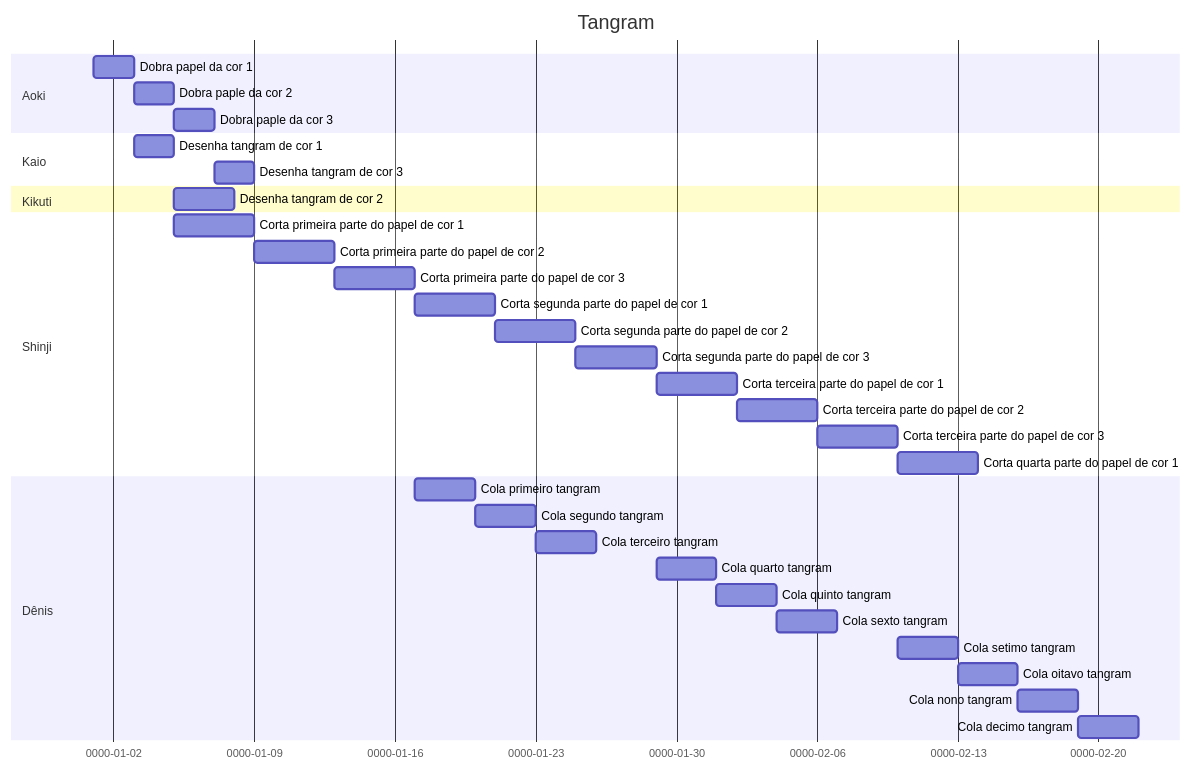
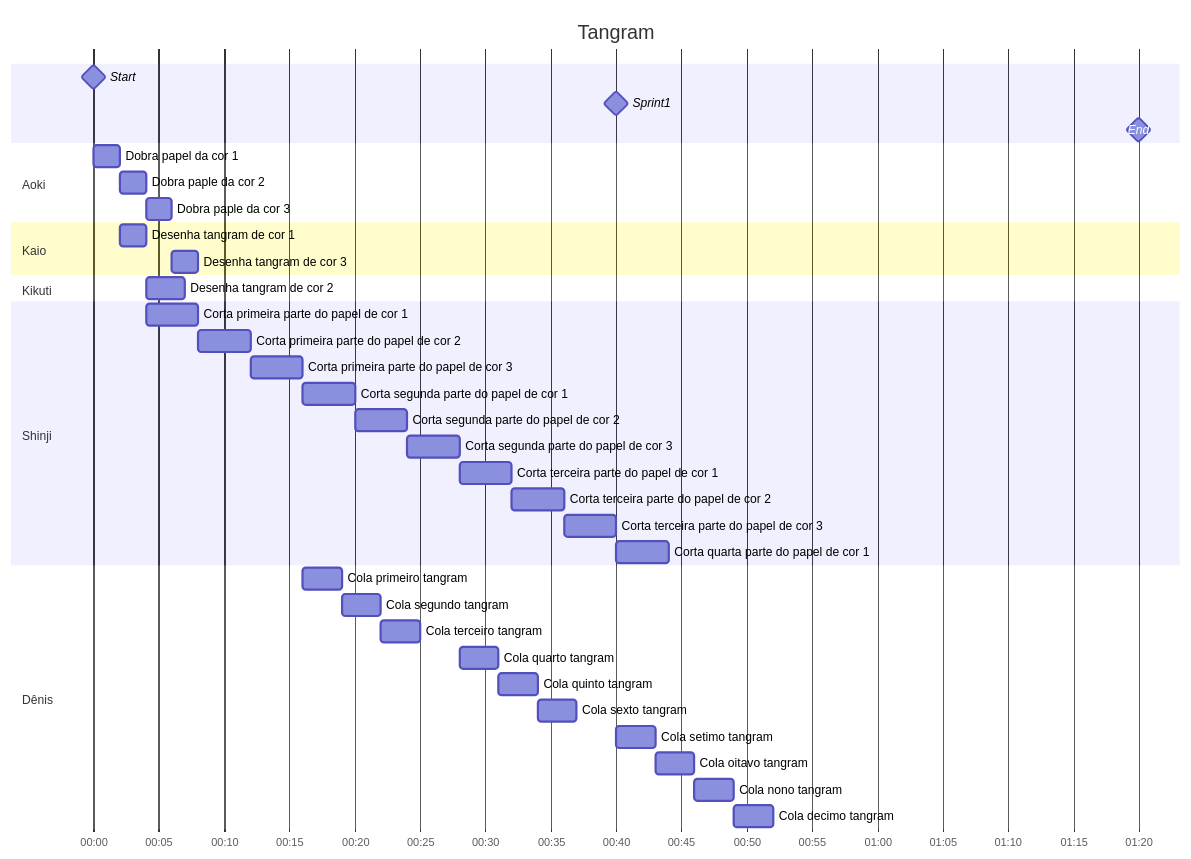
Before and after one commit to SSparks31/EngSoft: the second of 2 diagrams in README.md, drawn with Mermaid.

Commit message:
Update README.md
Change dateFormat and axisFormat to hours:minutes
Include milestones 'start', 'sprint1' and 'end'

````diff
--- a/README.md
+++ b/README.md
@@ -111,41 +111,47 @@
 ```mermaid
 gantt
     title Tangram
-    dateFormat  YYYY-MM-DD
+    
+    dateFormat HH:mm
+    axisFormat %H:%M
+    
+    Start: milestone, start, 00:00, 0
+    Sprint1: milestone, sprint1, 00:40, 0
+    End: milestone, end, 01:20, 0
 
     section Aoki
-        Dobra papel da cor 1: D1, 0000-01-01, 2d
-        Dobra paple da cor 2: D2, after D1  , 2d
-        Dobra paple da cor 3: D3, after D2  , 2d
+        Dobra papel da cor 1: D1, after start, 2m
+        Dobra paple da cor 2: D2, after D1  , 2m
+        Dobra paple da cor 3: D3, after D2  , 2m
 
     section Kaio
-        Desenha tangram de cor 1: De1, after D1, 2d
-        Desenha tangram de cor 3: De3, after De1 D3, 2d
+        Desenha tangram de cor 1: De1, after D1, 2m
+        Desenha tangram de cor 3: De3, after De1 D3, 2m
 
     section Kikuti
-        Desenha tangram de cor 2: De2, after D2, 3d
+        Desenha tangram de cor 2: De2, after D2, 3m
     
     section Shinji
-        Corta primeira parte do papel de cor 1: C11, after De1, 4d
-        Corta primeira parte do papel de cor 2: C21, after De2 C11, 4d
-        Corta primeira parte do papel de cor 3: C31, after De3 C21, 4d
-        Corta segunda parte do papel de cor 1 : C12, after De1 C31, 4d
-        Corta segunda parte do papel de cor 2 : C22, after De2 C12, 4d
-        Corta segunda parte do papel de cor 3 : C32, after De3 C22, 4d
-        Corta terceira parte do papel de cor 1: C13, after De1 C32, 4d
-        Corta terceira parte do papel de cor 2: C23, after De2 C13, 4d
-        Corta terceira parte do papel de cor 3: C33, after De3 C23, 4d
-        Corta quarta parte do papel de cor 1  : C14, after De1 C33, 4d
+        Corta primeira parte do papel de cor 1: C11, after De1, 4m
+        Corta primeira parte do papel de cor 2: C21, after De2 C11, 4m
+        Corta primeira parte do papel de cor 3: C31, after De3 C21, 4m
+        Corta segunda parte do papel de cor 1 : C12, after De1 C31, 4m
+        Corta segunda parte do papel de cor 2 : C22, after De2 C12, 4m
+        Corta segunda parte do papel de cor 3 : C32, after De3 C22, 4m
+        Corta terceira parte do papel de cor 1: C13, after De1 C32, 4m
+        Corta terceira parte do papel de cor 2: C23, after De2 C13, 4m
+        Corta terceira parte do papel de cor 3: C33, after De3 C23, 4m
+        Corta quarta parte do papel de cor 1  : C14, after De1 C33, 4m
         
     section Dênis
-        Cola primeiro tangram: Co1,  after C31, 3d  
-        Cola segundo tangram:  Co2,  after Co1, 3d  
-        Cola terceiro tangram: Co3,  after Co2, 3d
-        Cola quarto tangram:   Co4,  after Co3 C32, 3d  
-        Cola quinto tangram:   Co5,  after Co4,  3d  
-        Cola sexto tangram:    Co6,  after Co5, 3d
-        Cola setimo tangram:   Co7,  after Co6 C33, 3d  
-        Cola oitavo tangram:   Co8,  after Co7, 3d  
-        Cola nono tangram:     Co9,  after Co8, 3d  
-        Cola decimo tangram:   Co10, after Co9, 3d
+        Cola primeiro tangram: Co1,  after C31, 3m  
+        Cola segundo tangram:  Co2,  after Co1, 3m  
+        Cola terceiro tangram: Co3,  after Co2, 3m
+        Cola quarto tangram:   Co4,  after Co3 C32, 3m  
+        Cola quinto tangram:   Co5,  after Co4,  3m  
+        Cola sexto tangram:    Co6,  after Co5, 3m
+        Cola setimo tangram:   Co7,  after Co6 C33, 3m  
+        Cola oitavo tangram:   Co8,  after Co7, 3m  
+        Cola nono tangram:     Co9,  after Co8, 3m  
+        Cola decimo tangram:   Co10, after Co9, 3m
 ```
````
